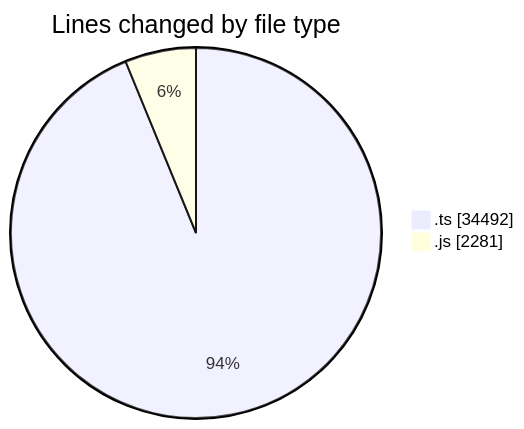
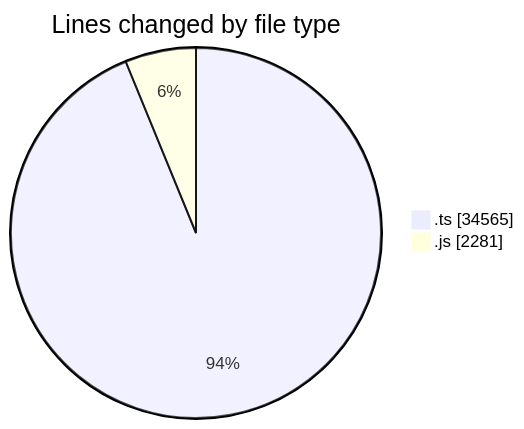
One commit to momahboobian/code-tracking changed the first of 2 diagrams in 2025-06-26/cda/README.md. Above: the diagram before and after it, drawn with Mermaid. The commit also changed other lines of this file and 1 other file, not shown here.

````diff
--- a/2025-06-26/cda/README.md
+++ b/2025-06-26/cda/README.md
@@ -36,6 +36,6 @@
 ```mermaid
 pie showData
 title Lines changed by file type
-".ts" : 34492
+".ts" : 34565
 ".js" : 2281
 ```
````
